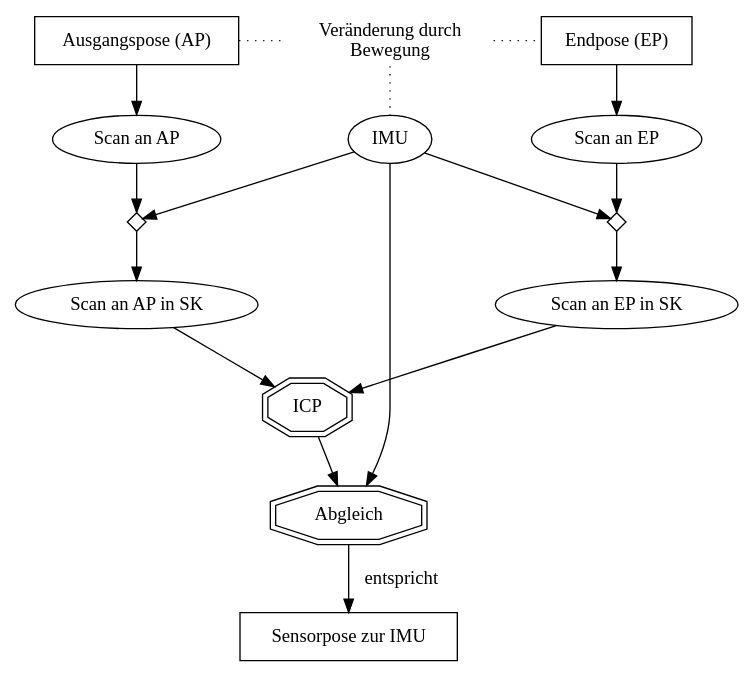
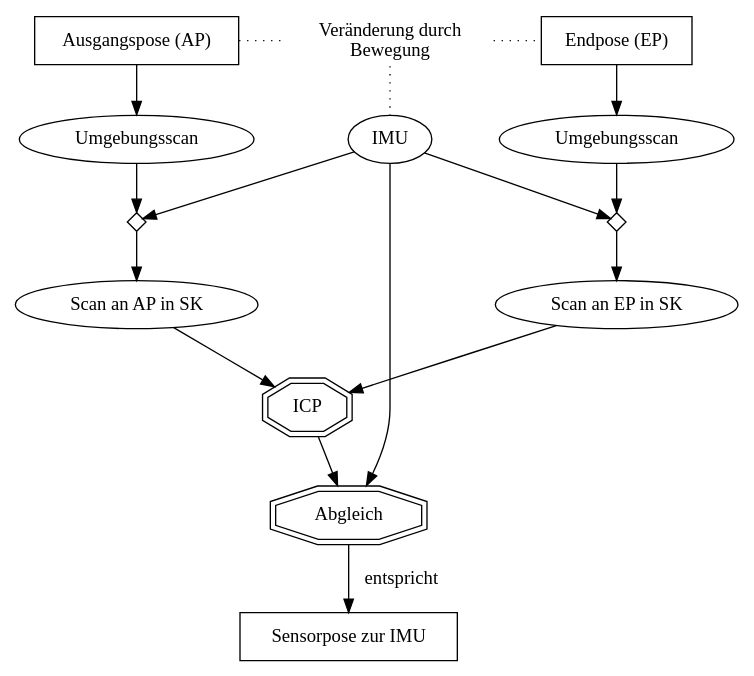
Before and after one commit to gismo141/mastersthesis: the diagram in Diagrams/kalibrierungImSC.dot, drawn with Graphviz. The commit also changed 6 other files, not shown here.

Commit message:
Added ability to generate dot-graphs on build

```diff
--- a/Diagrams/kalibrierungImSC.dot
+++ b/Diagrams/kalibrierungImSC.dot
@@ -1,42 +1,42 @@
 digraph SC {
 	Ausgangspose [shape=rectangle, label="Ausgangspose (AP)", group=g1];
 	Bewegung [shape=none, label="Veränderung durch\nBewegung" , group=g2];
 	Endpose [shape=rectangle, label="Endpose (EP)", group=g3];
 	MontagePose [shape=rectangle, label="Sensorpose zur IMU", group=g2];
 	ICP [shape=doubleoctagon, label="ICP", group=g2];
 	IMU [label="IMU", group=g2];
 	Abgleich [shape=doubleoctagon, label="Abgleich", group=g2];
 
-	Scan_AP [label="Scan an AP", group=g1];
+	Scan_AP [label="Umgebungsscan", group=g1];
 	Scan_zu_SK1 [shape=diamond, width=0.2, height=0.2, label="", group=g1];
 	Scan_AP_SK [label="Scan an AP in SK", group=g1];
-	Scan_EP [label="Scan an EP", group=g3];
+	Scan_EP [label="Umgebungsscan", group=g3];
 	Scan_zu_SK2 [shape=diamond, width=0.2, height=0.2, label="", group=g3];
 	Scan_EP_SK [label="Scan an EP in SK", group=g3];
 
 	{
 		rank=same;
 			Ausgangspose; Endpose; Bewegung;
 	}
 
 	{
 		rank=same;
 			Scan_zu_SK1; Scan_zu_SK2;
 	}
 
 	Ausgangspose -> Bewegung [style=dotted, arrowhead=none];
 	Bewegung -> Endpose [style=dotted, arrowhead=none];
 	Bewegung -> IMU [style=dotted, arrowhead=none];
 	Ausgangspose -> Scan_AP;
 	Endpose -> Scan_EP;
 
 	Scan_AP -> Scan_zu_SK1 -> Scan_AP_SK -> ICP;
 	Scan_EP -> Scan_zu_SK2 -> Scan_EP_SK -> ICP;
 	ICP -> Abgleich;
 
 	IMU -> Scan_zu_SK1;
 	IMU -> Scan_zu_SK2;
 	IMU -> Abgleich;
 	
 	Abgleich -> MontagePose [label=" entspricht"];
 }
```
